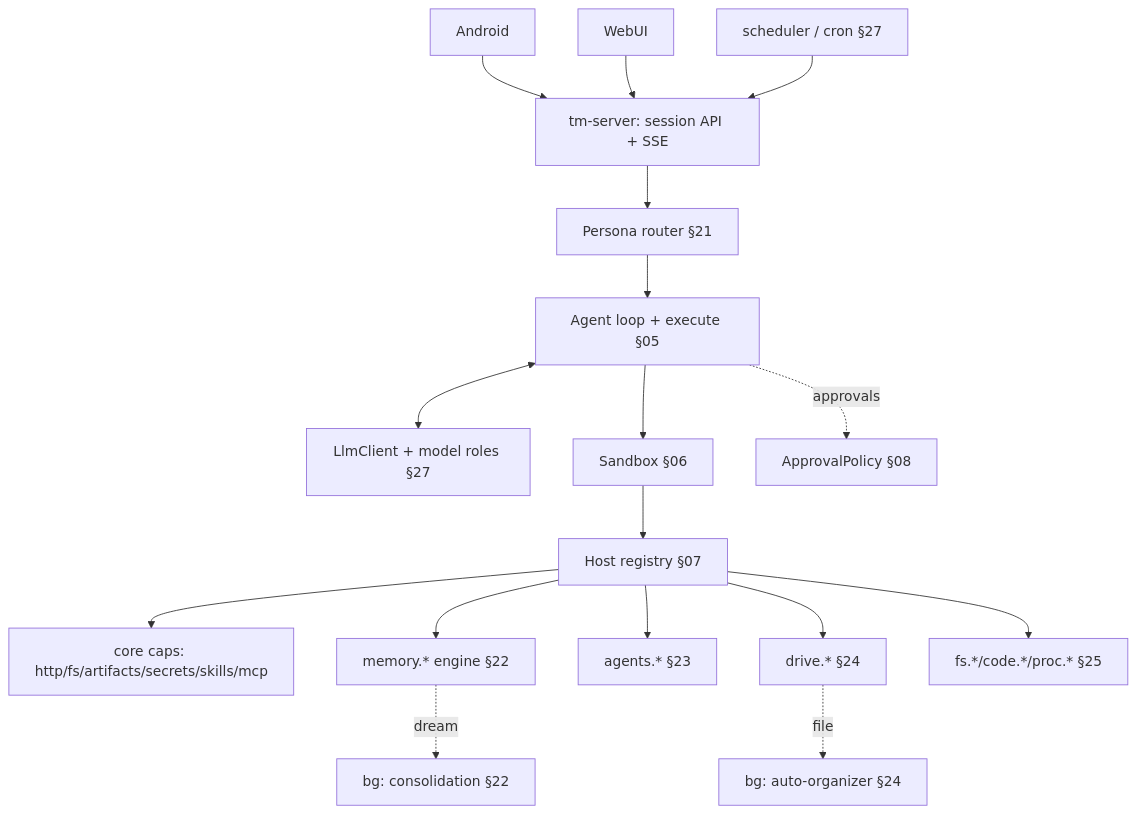
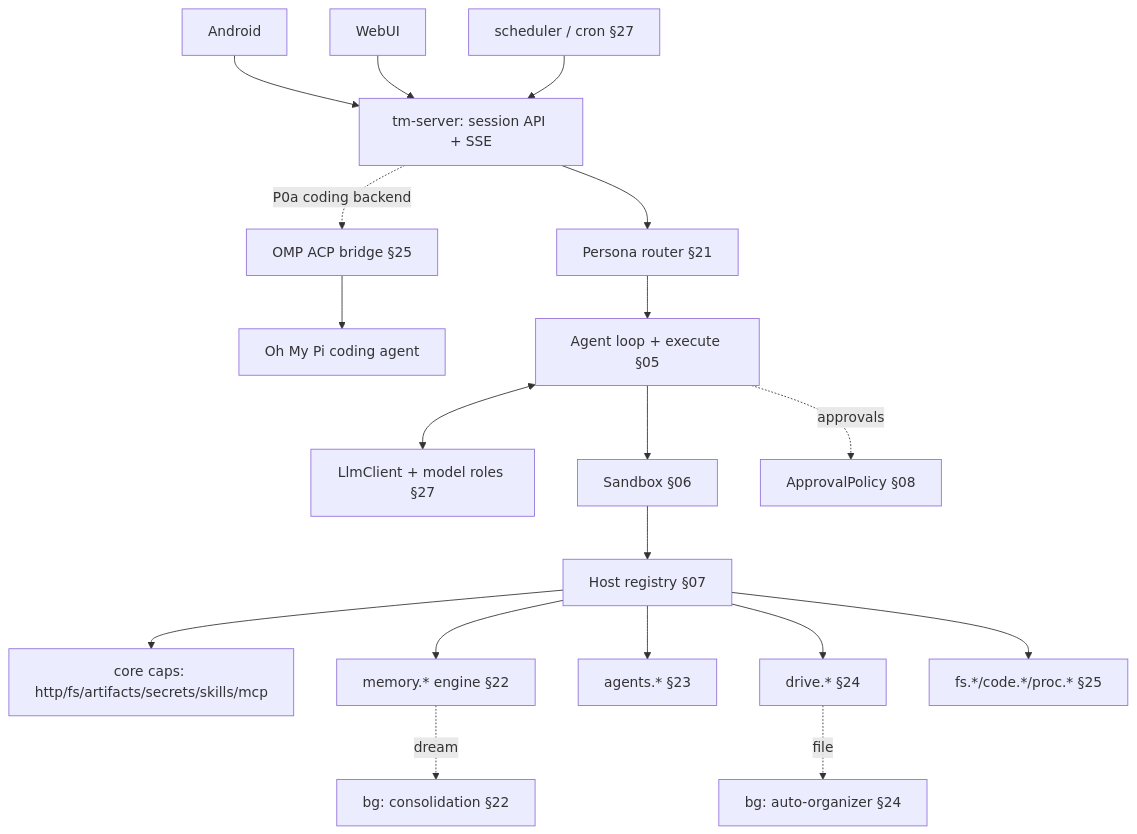
The diagram in docs/design/product/20-product-overview.md (mozufu/TempestMiku), drawn with Mermaid before and after one commit. The commit also changed other lines of this file and 4 other files, not shown here.

Commit message:
docs(tempestmiku/roadmap): add OMP ACP bridge milestone

````diff
--- a/docs/design/product/20-product-overview.md
+++ b/docs/design/product/20-product-overview.md
@@ -53,19 +53,21 @@
 ```mermaid
 flowchart TD
     AND[Android] --> SRV
     WEB[WebUI] --> SRV
     SCHED[scheduler / cron §27] --> SRV
     SRV[tm-server: session API + SSE] --> RT[Persona router §21]
+    SRV -.P0a coding backend.-> OACP[OMP ACP bridge §25]
+    OACP --> OMP[Oh My Pi coding agent]
     RT --> LOOP[Agent loop + execute §05]
     LOOP <--> LLM[LlmClient + model roles §27]
     LOOP --> SBX[Sandbox §06]
     SBX --> REG[Host registry §07]
     REG --> CORE[core caps: http/fs/artifacts/secrets/skills/mcp]
     REG --> MEM[memory.* engine §22]
     REG --> AGT[agents.* §23]
     REG --> DRV[drive.* §24]
     REG --> CODE[fs.*/code.*/proc.* §25]
     LOOP -.approvals.-> APV[ApprovalPolicy §08]
     MEM -.dream.-> DREAM[bg: consolidation §22]
     DRV -.file.-> ORG[bg: auto-organizer §24]
 ```
````
